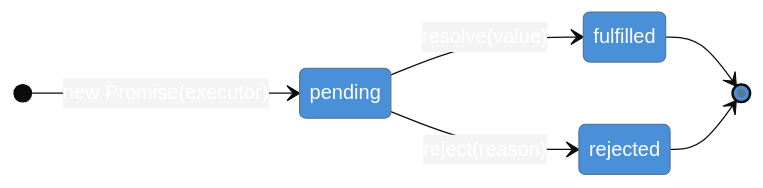
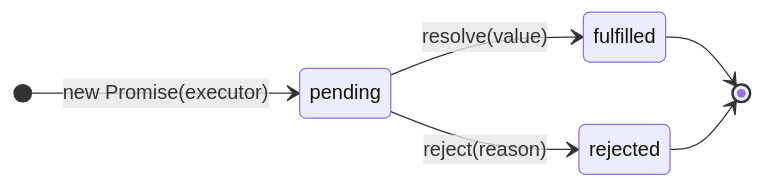
One commit to josenaldo/codex-technomanticus changed the first of 3 diagrams in 03-Dominios/Tecnologia/JavaScript/14 - Promises.md. Above: the diagram before and after it, drawn with Mermaid. The commit also changed other lines of this file and 1181 other files, not shown here.

First line of the commit message:
fix(diagramas): paleta do sistema no lugar de cor cravada no markdown

````diff
--- a/03-Dominios/Tecnologia/JavaScript/14 - Promises.md
+++ b/03-Dominios/Tecnologia/JavaScript/14 - Promises.md
@@ -65,10 +65,9 @@
 ```mermaid
-%%{init: {"theme": "base", "themeVariables": {"primaryColor": "#4A90D9", "primaryTextColor": "#fff", "edgeLabelBackground": "#f4f4f4"}}}%%
 stateDiagram-v2
     direction LR
     [*] --> pending : new Promise(executor)
     pending --> fulfilled : resolve(value)
     pending --> rejected : reject(reason)
     fulfilled --> [*]
     rejected --> [*]
 ```
````
